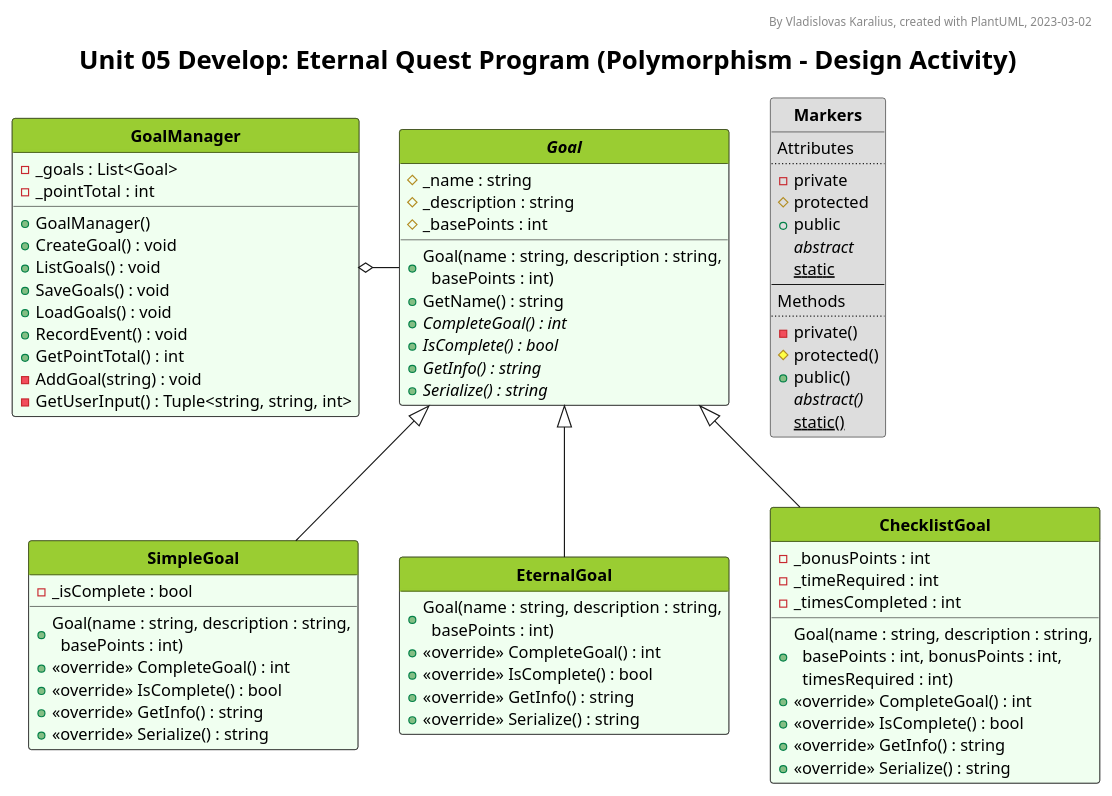
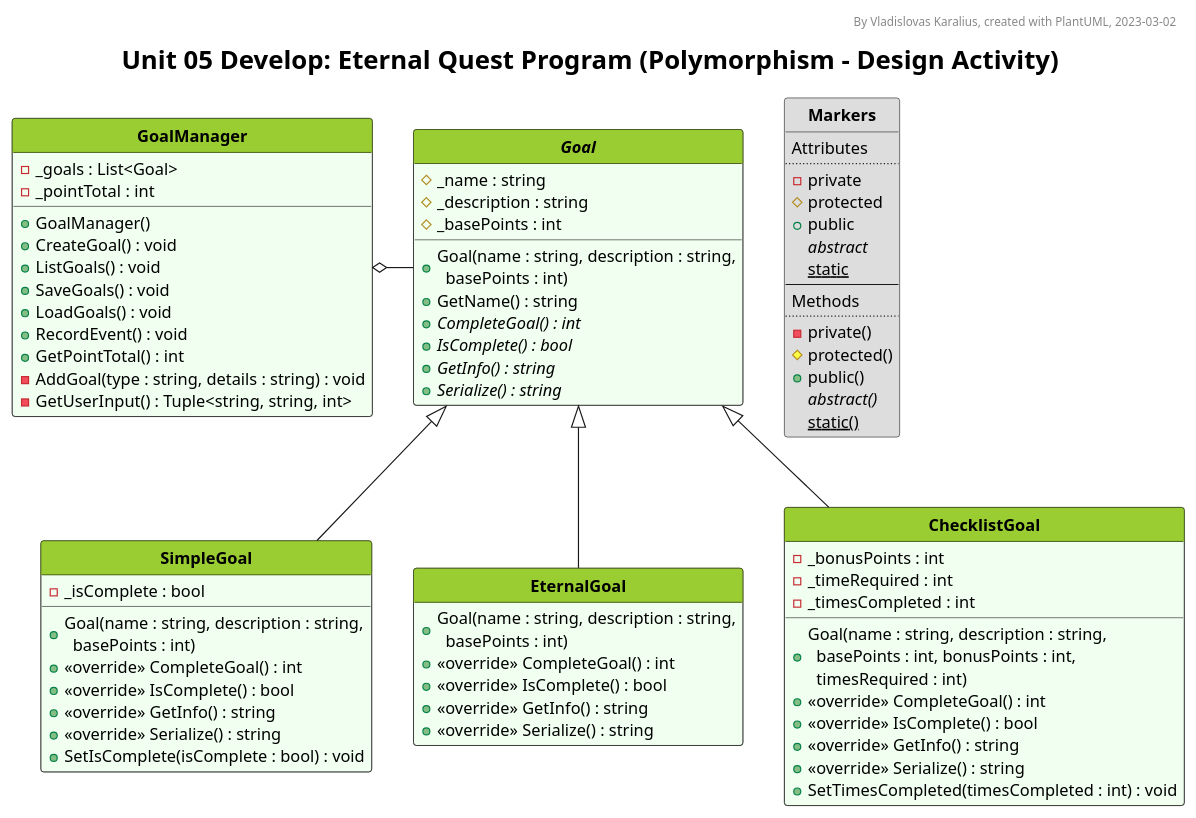
One commit to VladKaralius/cse210-projects changed the diagram in prove/Develop05/UML_diagram.pu. Above: the diagram before and after it, drawn with PlantUML. The commit also changed 3 other files, not shown here.

```diff
--- a/prove/Develop05/UML_diagram.pu
+++ b/prove/Develop05/UML_diagram.pu
@@ -77,7 +77,7 @@
   + LoadGoals() : void
   + RecordEvent() : void
   + GetPointTotal() : int
-  - AddGoal(string) : void
+  - AddGoal(type : string, details : string) : void
   - GetUserInput() : Tuple<string, string, int>
 
 }
@@ -103,6 +103,7 @@
   + <<override>> IsComplete() : bool
   + <<override>> GetInfo() : string
   + <<override>> Serialize() : string
+  + SetIsComplete(isComplete : bool) : void
 }
 
 class EternalGoal extends Goal {
@@ -122,6 +123,7 @@
   + <<override>> IsComplete() : bool
   + <<override>> GetInfo() : string
   + <<override>> Serialize() : string
+  + SetTimesCompleted(timesCompleted : int) : void
 }
 
 ' class BreathingActivity {
```
